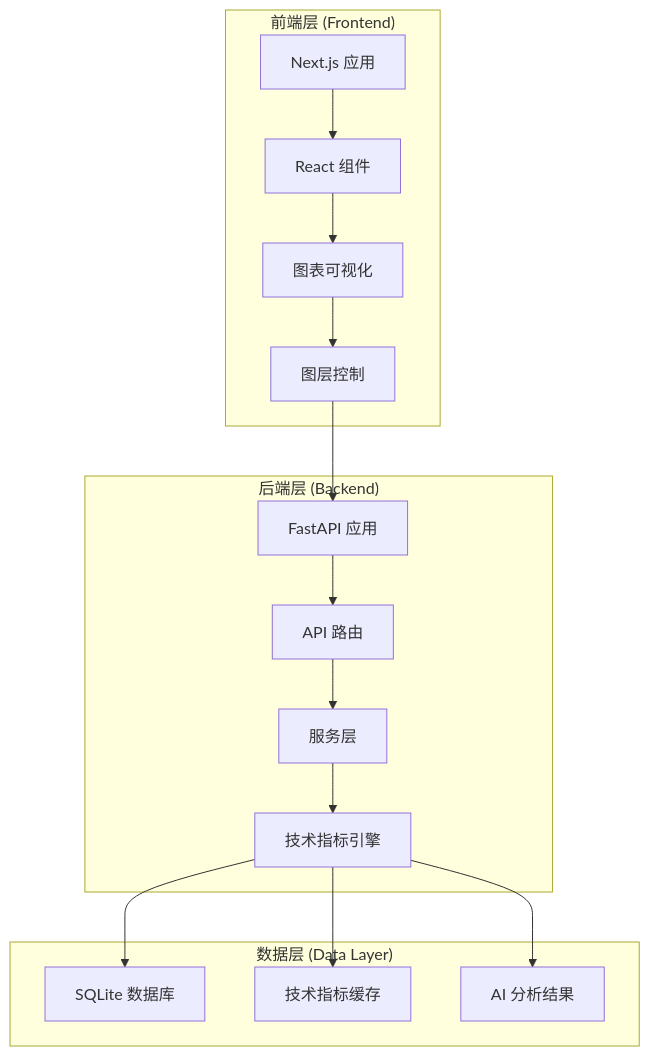
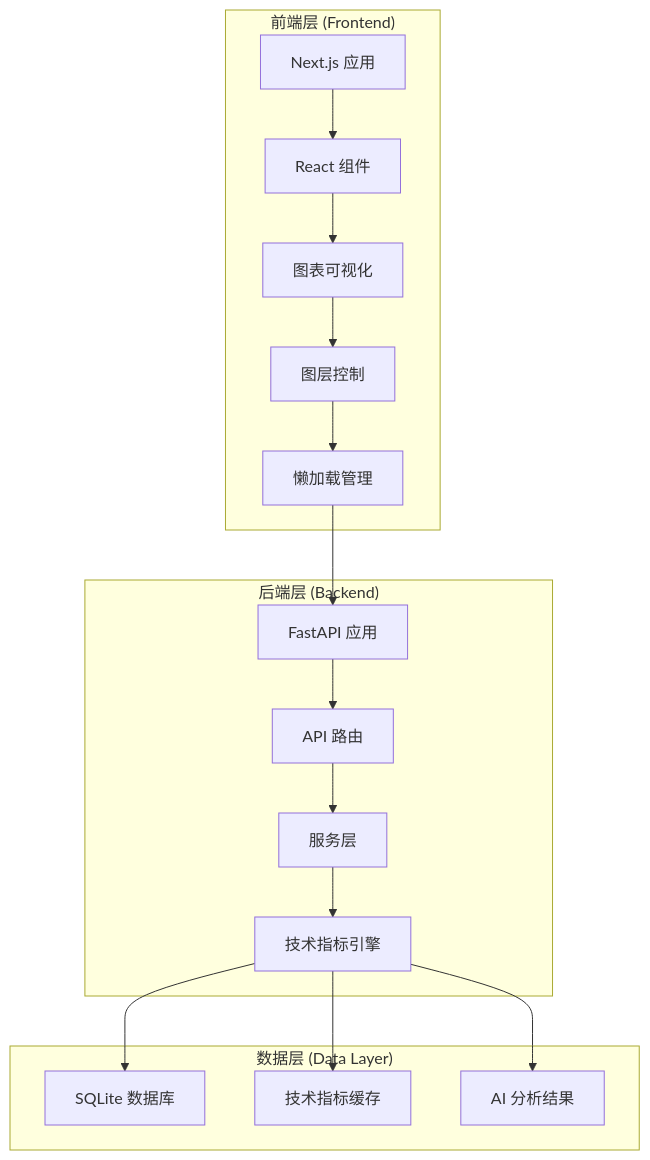
The first of 8 diagrams in .qoder/repowiki/zh/content/投资组合管理/前端集成与展示/高级图表可视化.md (breeze-lyf/ai-stock-advisor), drawn with Mermaid before and after one commit. The commit also changed other lines of this file and 122 other files, not shown here.

````diff
--- a/.qoder/repowiki/zh/content/投资组合管理/前端集成与展示/高级图表可视化.md
+++ b/.qoder/repowiki/zh/content/投资组合管理/前端集成与展示/高级图表可视化.md
@@ -42,30 +44,32 @@
 ```mermaid
 graph TB
 subgraph "前端层 (Frontend)"
 FE1[Next.js 应用]
 FE2[React 组件]
 FE3[图表可视化]
 FE4[图层控制]
+FE5[懒加载管理]
 end
 subgraph "后端层 (Backend)"
 BE1[FastAPI 应用]
 BE2[API 路由]
 BE3[服务层]
 BE4[技术指标引擎]
 end
 subgraph "数据层 (Data Layer)"
 DL1[SQLite 数据库]
 DL2[技术指标缓存]
 DL3[AI 分析结果]
 end
 FE1 --> FE2
 FE2 --> FE3
 FE3 --> FE4
-FE4 --> BE1
+FE4 --> FE5
+FE5 --> BE1
 BE1 --> BE2
 BE2 --> BE3
 BE3 --> BE4
 BE4 --> DL1
 BE4 --> DL2
 BE4 --> DL3
 ```
````
